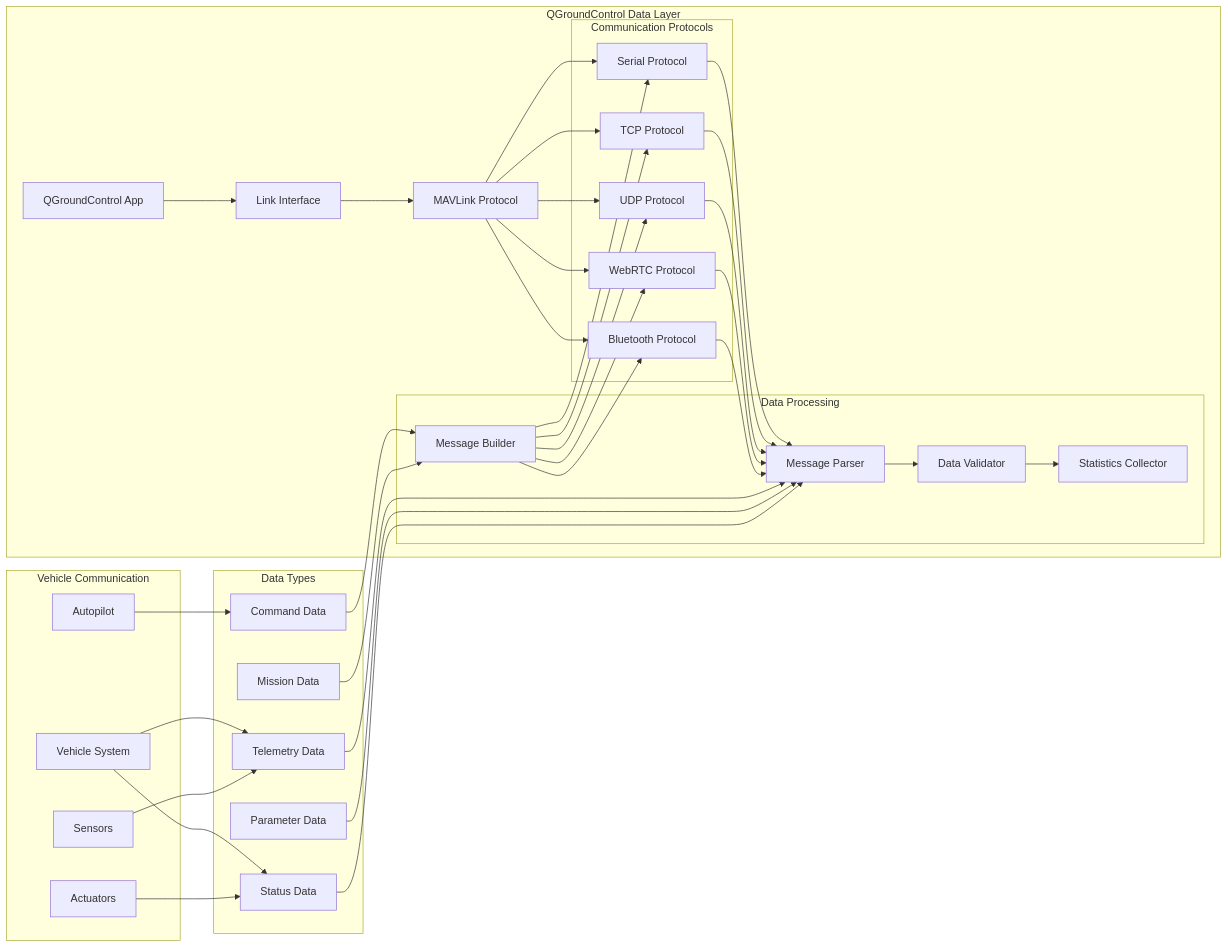
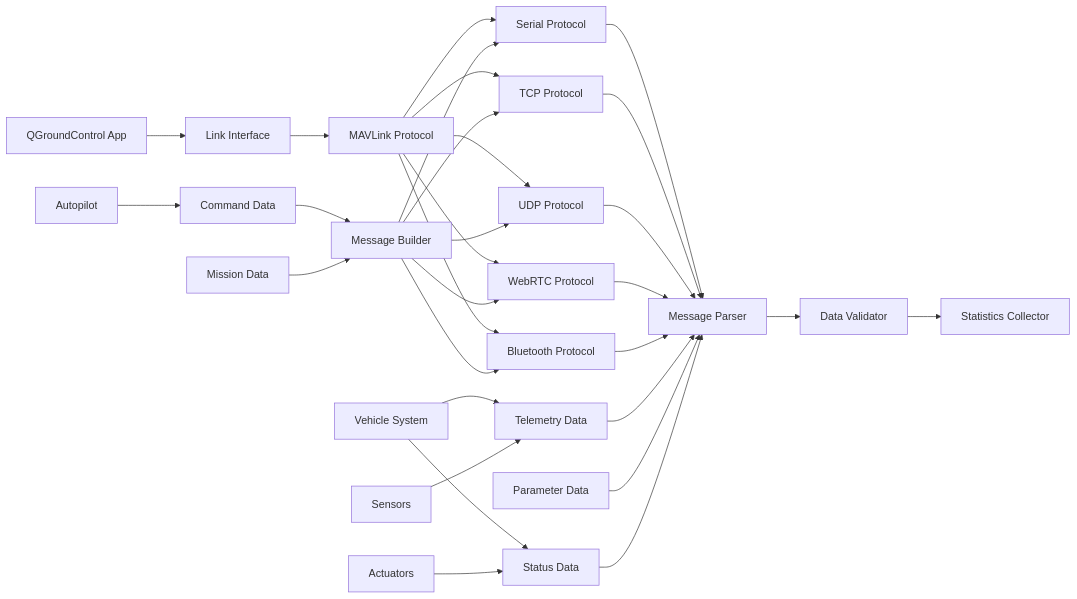
One commit to hsgang/qgroundcontrol changed the second of 8 diagrams in QGroundControl_Data_Video_Architecture.md. Above: the diagram before and after it, drawn with Mermaid. The commit also changed other lines of this file, not shown here.

````diff
--- a/QGroundControl_Data_Video_Architecture.md
+++ b/QGroundControl_Data_Video_Architecture.md
@@ -102,74 +90,64 @@
 ```mermaid
 graph LR
-    subgraph "QGroundControl Data Layer"
-        QGCApp[QGroundControl App]
-        LinkInterface[Link Interface]
-        MAVLinkProtocol[MAVLink Protocol]
-        
-        subgraph "Communication Protocols"
-            Serial[Serial Protocol]
-            TCP[TCP Protocol]
-            UDP[UDP Protocol]
-            WebRTC[WebRTC Protocol]
-            Bluetooth[Bluetooth Protocol]
-        end
-        
-        subgraph "Data Processing"
-            MessageParser[Message Parser]
-            MessageBuilder[Message Builder]
-            DataValidator[Data Validator]
-            StatisticsCollector[Statistics Collector]
-        end
-    end
+    QGCApp[QGroundControl App]
+    LinkInterface[Link Interface]
+    MAVLinkProtocol[MAVLink Protocol]
     
-    subgraph "Vehicle Communication"
-        Vehicle[Vehicle System]
-        Autopilot[Autopilot]
-        Sensors[Sensors]
-        Actuators[Actuators]
-    end
+    Serial[Serial Protocol]
+    TCP[TCP Protocol]
+    UDP[UDP Protocol]
+    WebRTC[WebRTC Protocol]
+    Bluetooth[Bluetooth Protocol]
     
-    subgraph "Data Types"
-        Telemetry[Telemetry Data]
-        Commands[Command Data]
-        Parameters[Parameter Data]
-        Mission[Mission Data]
-        Status[Status Data]
-    end
+    MessageParser[Message Parser]
+    MessageBuilder[Message Builder]
+    DataValidator[Data Validator]
+    StatisticsCollector[Statistics Collector]
+    
+    Vehicle[Vehicle System]
+    Autopilot[Autopilot]
+    Sensors[Sensors]
+    Actuators[Actuators]
+    
+    Telemetry[Telemetry Data]
+    Commands[Command Data]
+    Parameters[Parameter Data]
+    Mission[Mission Data]
+    Status[Status Data]
     
     QGCApp --> LinkInterface
     LinkInterface --> MAVLinkProtocol
     
     MAVLinkProtocol --> Serial
     MAVLinkProtocol --> TCP
     MAVLinkProtocol --> UDP
     MAVLinkProtocol --> WebRTC
     MAVLinkProtocol --> Bluetooth
     
     Serial --> MessageParser
     TCP --> MessageParser
     UDP --> MessageParser
     WebRTC --> MessageParser
     Bluetooth --> MessageParser
     
     MessageParser --> DataValidator
     DataValidator --> StatisticsCollector
     
     MessageBuilder --> Serial
     MessageBuilder --> TCP
     MessageBuilder --> UDP
     MessageBuilder --> WebRTC
     MessageBuilder --> Bluetooth
     
     Vehicle --> Telemetry
     Vehicle --> Status
     Autopilot --> Commands
     Sensors --> Telemetry
     Actuators --> Status
     
     Telemetry --> MessageParser
     Commands --> MessageBuilder
     Parameters --> MessageParser
     Mission --> MessageBuilder
     Status --> MessageParser
 ```
````
